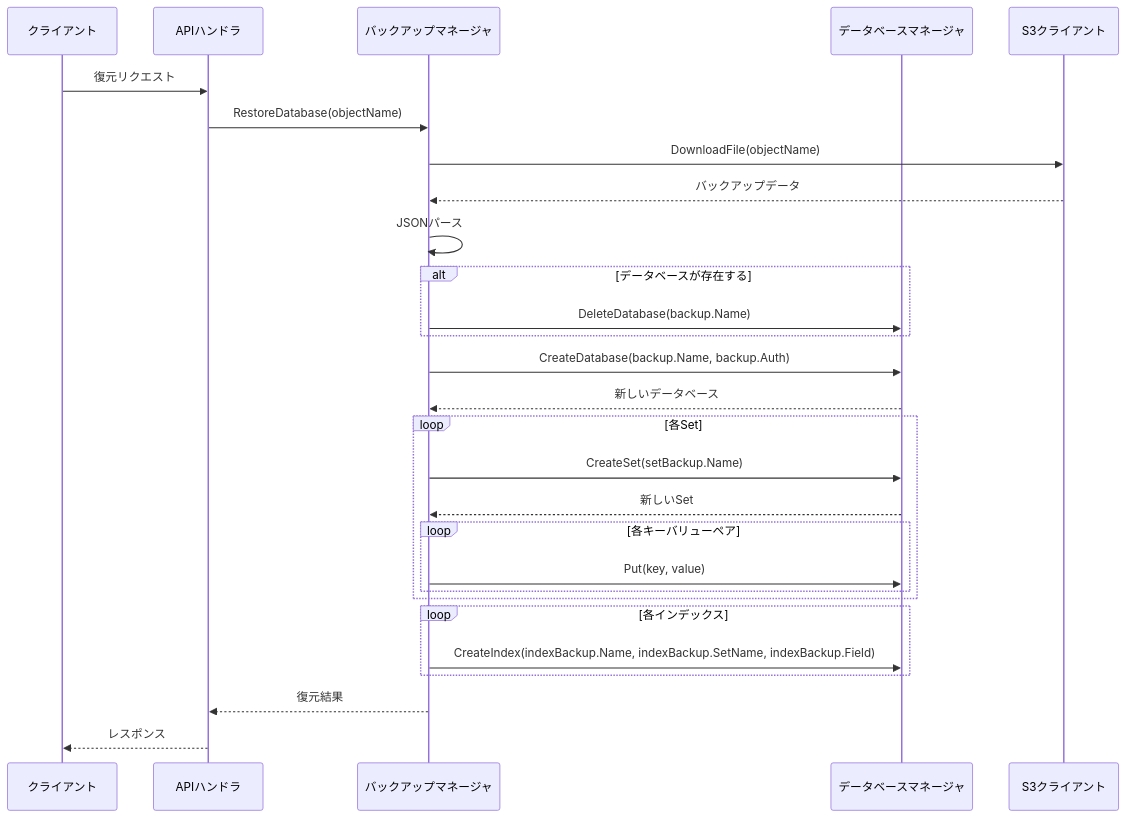
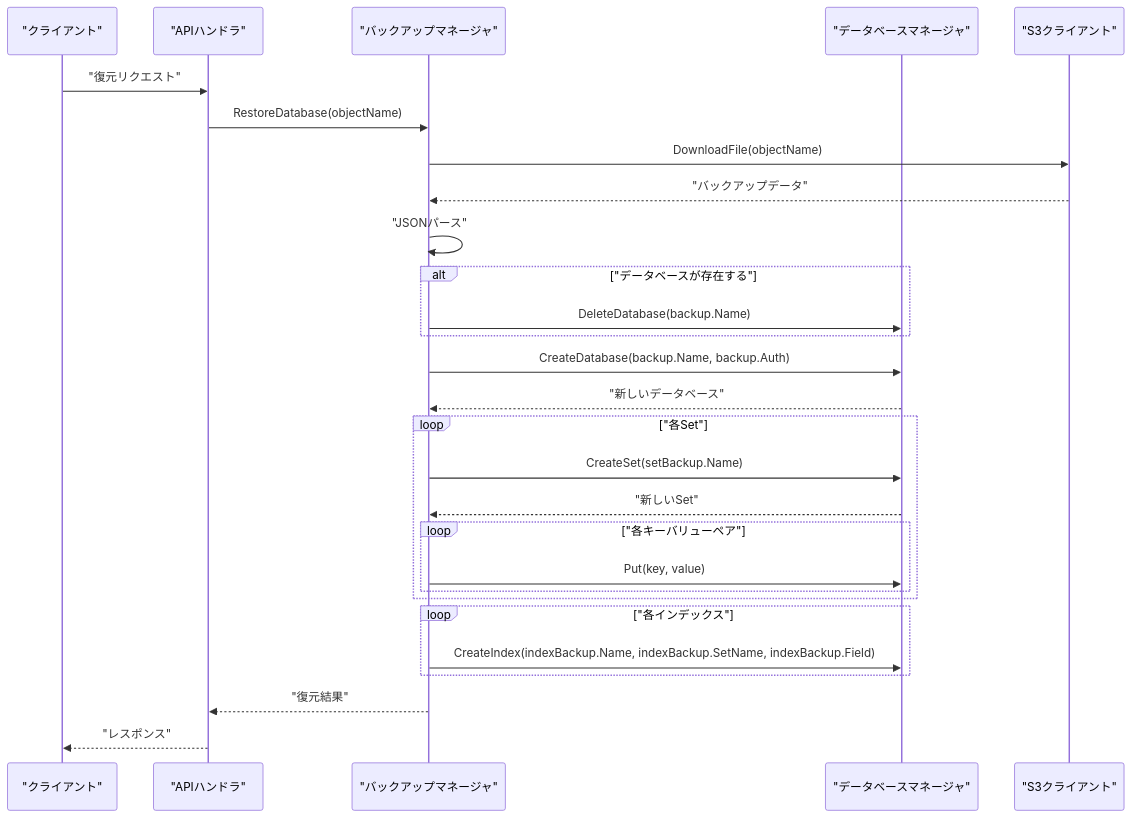
The sixth of 8 diagrams in textbooks/06_s3_backup.md (ssig33/fuckbase), drawn with Mermaid before and after one commit. The commit also changed other lines of this file and 6 other files, not shown here.

Commit message:
Fix Mermaid diagrams by properly enclosing Japanese text in double quotes to prevent control character misinterpretation

````diff
--- a/textbooks/06_s3_backup.md
+++ b/textbooks/06_s3_backup.md
@@ -158,38 +158,38 @@
 ```mermaid
 sequenceDiagram
-    participant Client as クライアント
-    participant Handler as APIハンドラ
-    participant BM as バックアップマネージャ
-    participant DB as データベースマネージャ
-    participant S3 as S3クライアント
+    participant Client as "クライアント"
+    participant Handler as "APIハンドラ"
+    participant BM as "バックアップマネージャ"
+    participant DB as "データベースマネージャ"
+    participant S3 as "S3クライアント"
     
-    Client->>Handler: 復元リクエスト
+    Client->>Handler: "復元リクエスト"
     Handler->>BM: RestoreDatabase(objectName)
     BM->>S3: DownloadFile(objectName)
-    S3-->>BM: バックアップデータ
+    S3-->>BM: "バックアップデータ"
     
-    BM->>BM: JSONパース
+    BM->>BM: "JSONパース"
     
-    alt データベースが存在する
+    alt "データベースが存在する"
         BM->>DB: DeleteDatabase(backup.Name)
     end
     
     BM->>DB: CreateDatabase(backup.Name, backup.Auth)
-    DB-->>BM: 新しいデータベース
+    DB-->>BM: "新しいデータベース"
     
-    loop 各Set
+    loop "各Set"
         BM->>DB: CreateSet(setBackup.Name)
-        DB-->>BM: 新しいSet
+        DB-->>BM: "新しいSet"
         
-        loop 各キーバリューペア
+        loop "各キーバリューペア"
             BM->>DB: Put(key, value)
         end
     end
     
-    loop 各インデックス
+    loop "各インデックス"
         BM->>DB: CreateIndex(indexBackup.Name, indexBackup.SetName, indexBackup.Field)
     end
     
-    BM-->>Handler: 復元結果
-    Handler-->>Client: レスポンス
+    BM-->>Handler: "復元結果"
+    Handler-->>Client: "レスポンス"
 ```
````
